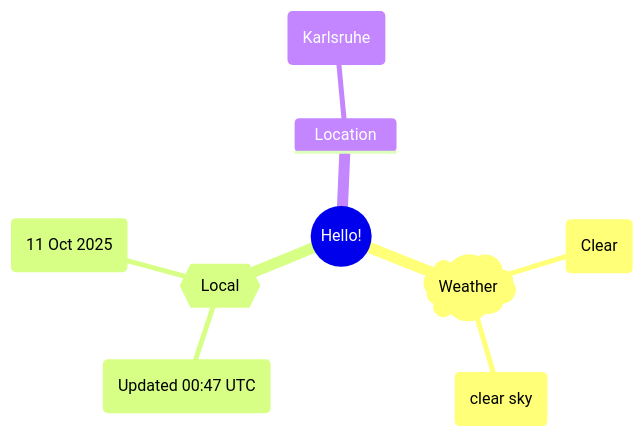
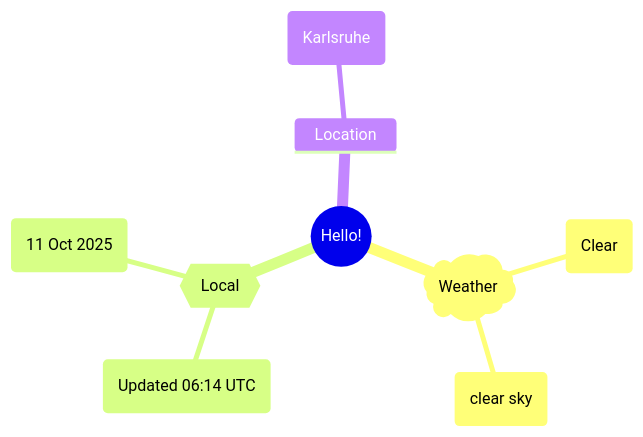
One commit to Xosrov/Xosrov changed the first of 2 diagrams in README.md. Above: the diagram before and after it, drawn with Mermaid.

Commit message:
[bot] updated images

````diff
--- a/README.md
+++ b/README.md
@@ -3,12 +3,12 @@
 ```mermaid
 mindmap
   root((Hello!))
     )Weather(
         (Clear)
         (clear sky)
     {{Local}}
-        (Updated 00:47 UTC)
+        (Updated 06:14 UTC)
         (11 Oct 2025)
     Location
         (Karlsruhe)
 ```
````
